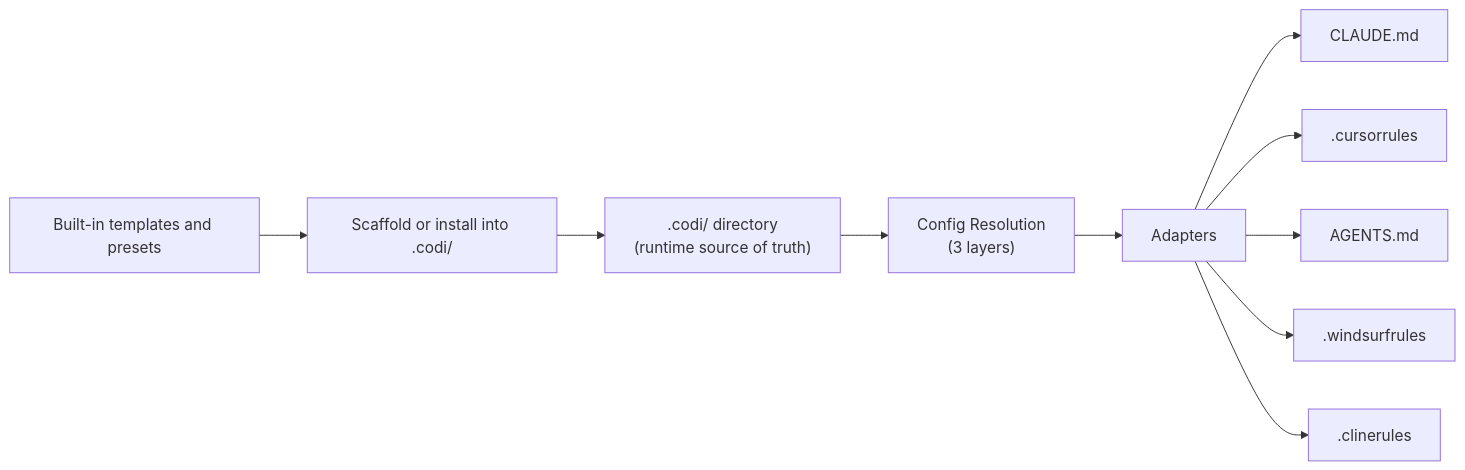
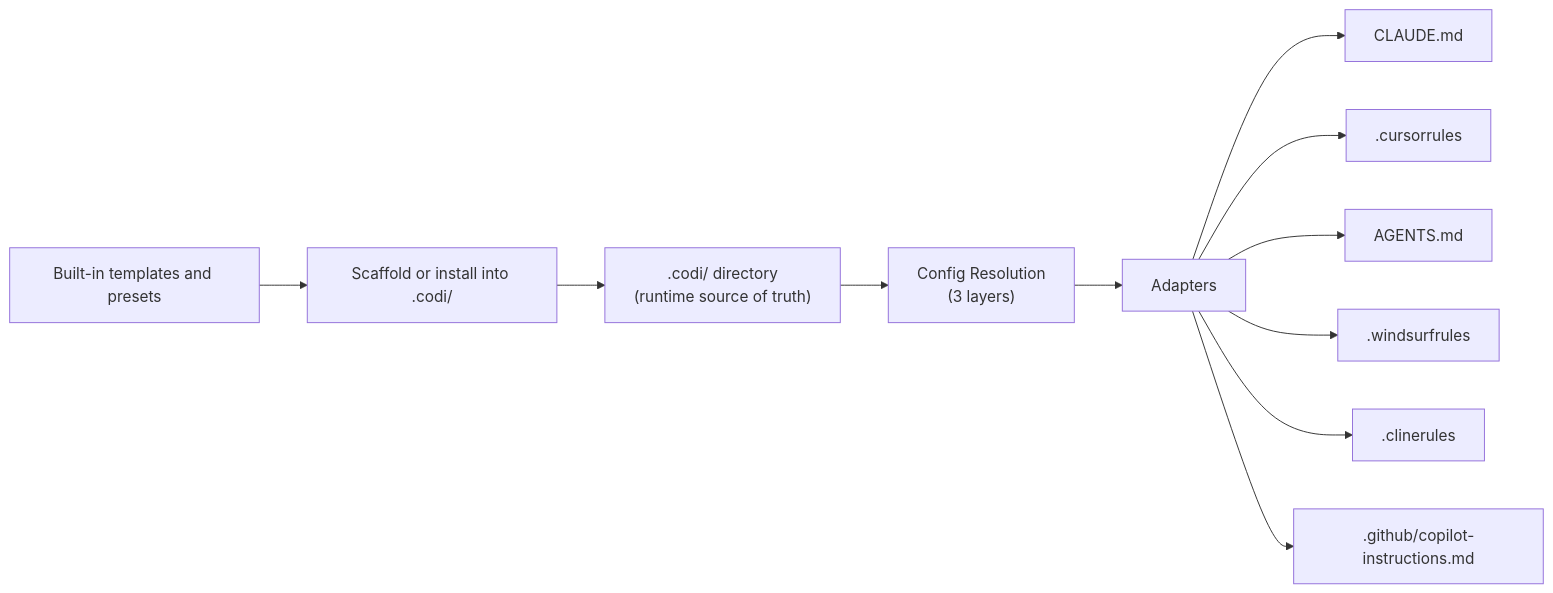
The diagram in README.md (lehidalgo/codi), drawn with Mermaid before and after one commit. The commit also changed other lines of this file, not shown here.

First line of the commit message:
chore(docs): add GitHub Copilot to supported agents in README

````diff
--- a/README.md
+++ b/README.md
@@ -92,12 +92,13 @@
 ```mermaid
 flowchart LR
     A["Built-in templates and presets"] --> B["Scaffold or install into .codi/"]
     B --> C[".codi/ directory\n(runtime source of truth)"]
     C --> D["Config Resolution\n(3 layers)"]
     D --> E["Adapters"]
     E --> F["CLAUDE.md"]
     E --> G[".cursorrules"]
     E --> H["AGENTS.md"]
     E --> I[".windsurfrules"]
     E --> J[".clinerules"]
+    E --> K[".github/copilot-instructions.md"]
 ```
````
